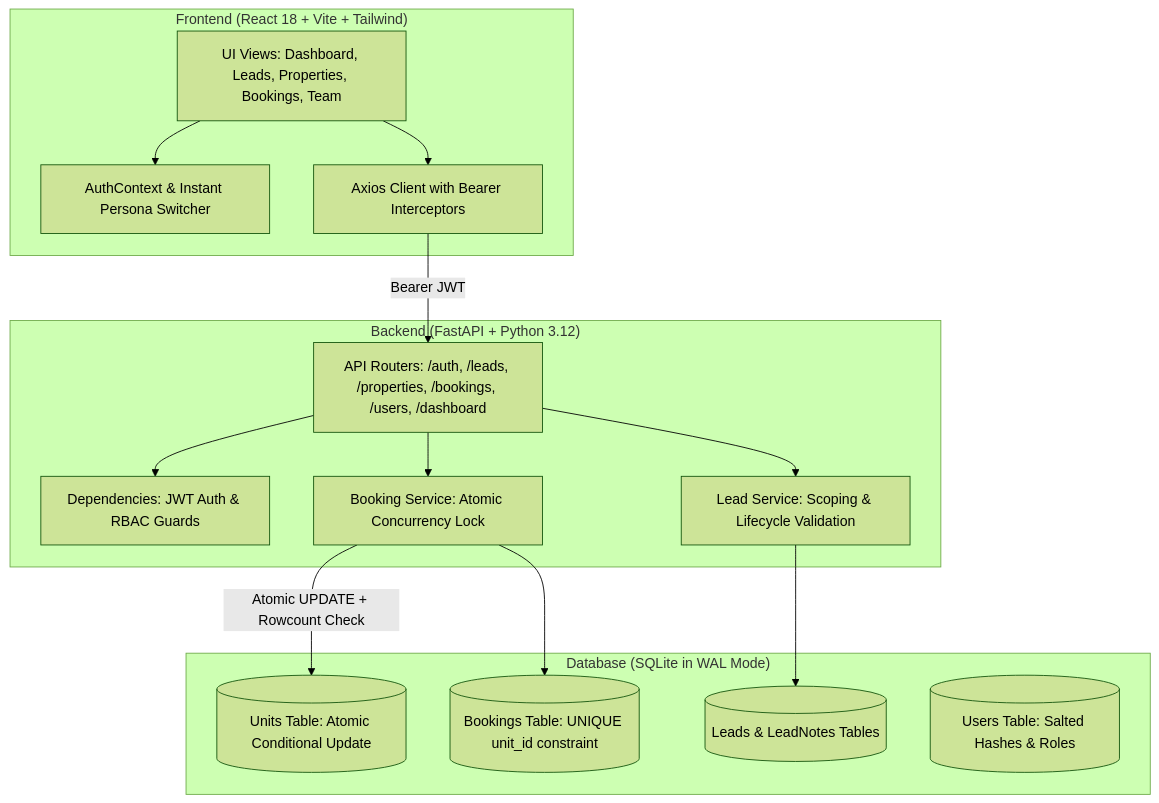
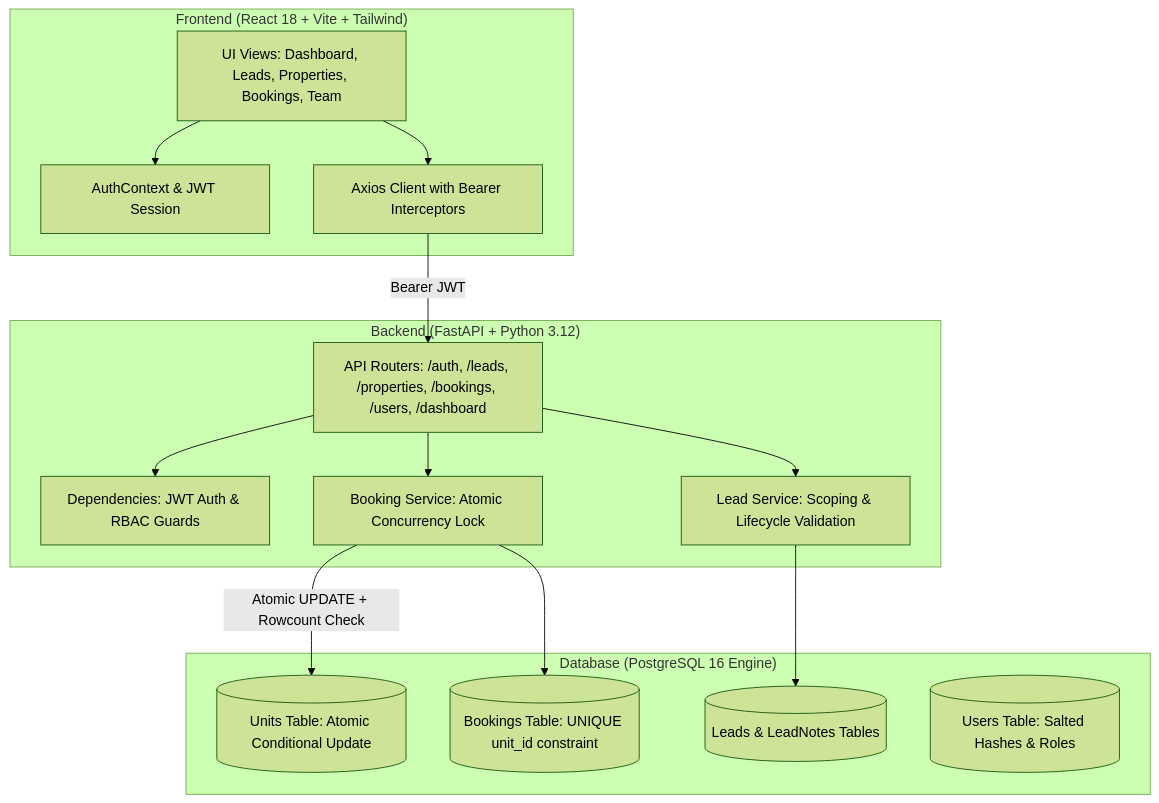
One commit to Yogesh-kk49/Real_estate_CRM changed the first of 2 diagrams in README.md. Above: the diagram before and after it, drawn with Mermaid (forest theme). The commit also changed other lines of this file and 11 other files, not shown here.

Commit message:
feat: complete 100% Render deployment setup with PostgreSQL, auto-seeding, and blueprint

````diff
--- a/README.md
+++ b/README.md
@@ -81,32 +80,32 @@
 ```mermaid
 flowchart TD
     subgraph Client ["Frontend (React 18 + Vite + Tailwind)"]
         UI[UI Views: Dashboard, Leads, Properties, Bookings, Team]
-        AuthCtx[AuthContext & Instant Persona Switcher]
+        AuthCtx[AuthContext & JWT Session]
         APIClient[Axios Client with Bearer Interceptors]
     end
 
     subgraph Server ["Backend (FastAPI + Python 3.12)"]
         Router[API Routers: /auth, /leads, /properties, /bookings, /users, /dashboard]
         Dep[Dependencies: JWT Auth & RBAC Guards]
         BService[Booking Service: Atomic Concurrency Lock]
         LService[Lead Service: Scoping & Lifecycle Validation]
     end
 
-    subgraph DB ["Database (SQLite in WAL Mode)"]
+    subgraph DB ["Database (PostgreSQL 16 Engine)"]
         UnitsTbl[(Units Table: Atomic Conditional Update)]
         BookingsTbl[(Bookings Table: UNIQUE unit_id constraint)]
         LeadsTbl[(Leads & LeadNotes Tables)]
         UsersTbl[(Users Table: Salted Hashes & Roles)]
     end
 
     UI --> AuthCtx
     UI --> APIClient
     APIClient -->|Bearer JWT| Router
     Router --> Dep
     Router --> BService
     Router --> LService
     BService -->|Atomic UPDATE + Rowcount Check| UnitsTbl
     BService --> BookingsTbl
     LService --> LeadsTbl
 ```
````
